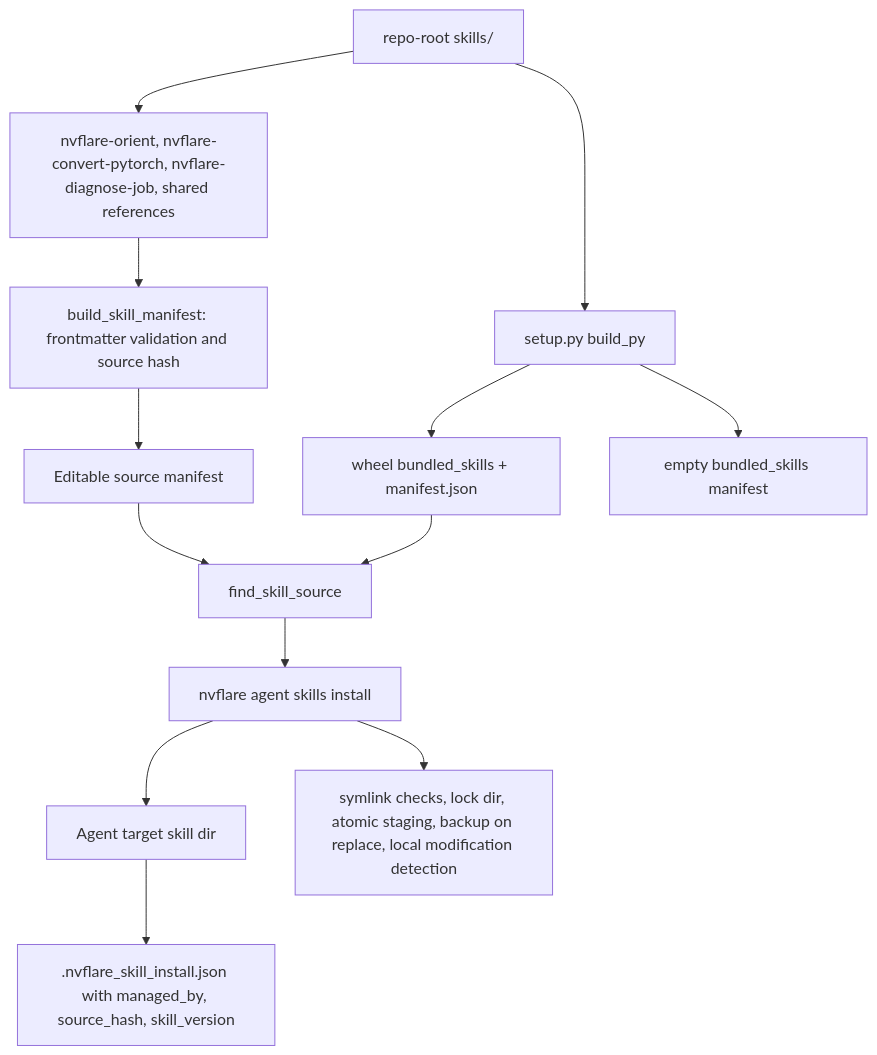
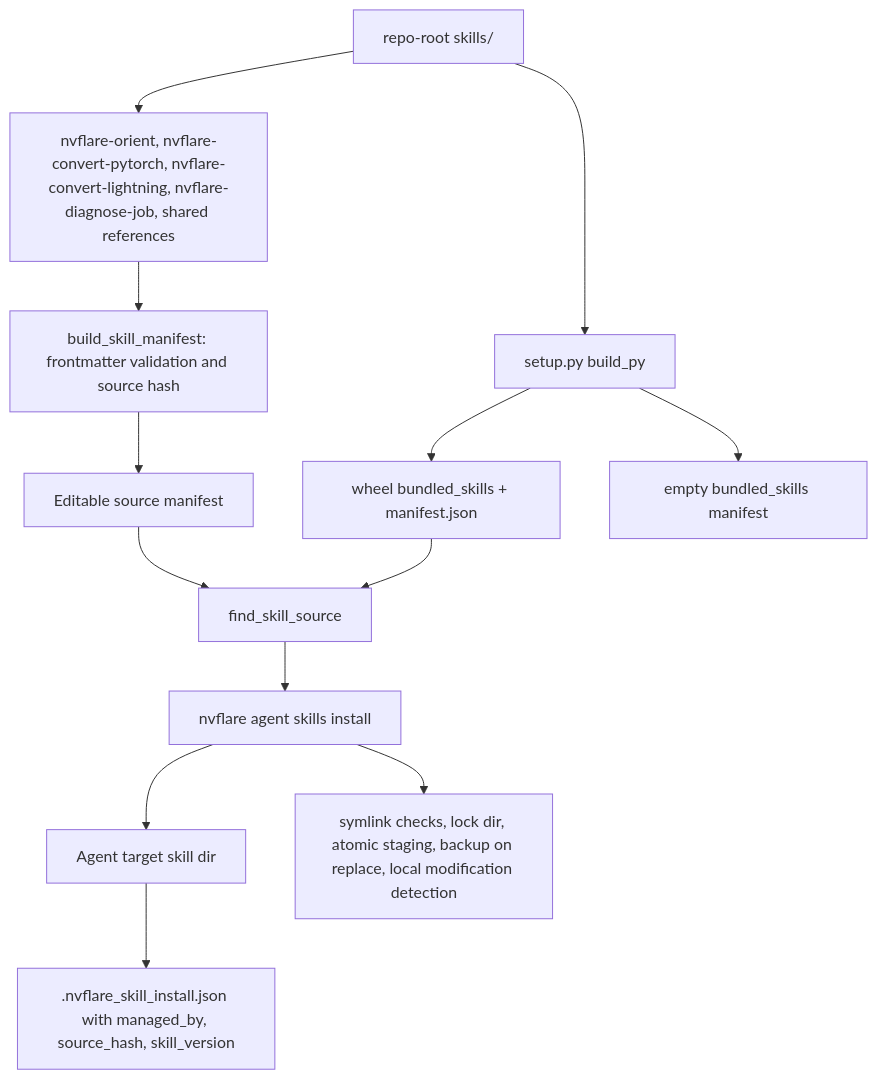
The third of 4 diagrams in docs/design/skills_architecture.md (NVIDIA/NVFlare), drawn with Mermaid before and after one commit. The commit also changed other lines of this file, not shown here.

First line of the commit message:
Add high-level overview to skill architecture doc

````diff
--- a/docs/design/skills_architecture.md
+++ b/docs/design/skills_architecture.md
@@ -122,20 +161,20 @@
 ```mermaid
 flowchart TD
-    SkillsRoot["repo-root skills/"] --> SkillDirs["nvflare-orient, nvflare-convert-pytorch, nvflare-diagnose-job, shared references"]
+    SkillsRoot["repo-root skills/"] --> SkillDirs["nvflare-orient, nvflare-convert-pytorch, nvflare-convert-lightning, nvflare-diagnose-job, shared references"]
 
     SkillDirs --> ManifestBuild["build_skill_manifest: frontmatter validation and source hash"]
     ManifestBuild --> Editable["Editable source manifest"]
 
     SkillsRoot --> SetupPy["setup.py build_py"]
     SetupPy --> Bundle["wheel bundled_skills + manifest.json"]
     SetupPy --> EmptyBundle["empty bundled_skills manifest"]
 
     Editable --> FindSource["find_skill_source"]
     Bundle --> FindSource
 
     FindSource --> Install["nvflare agent skills install"]
     Install --> Target["Agent target skill dir"]
     Target --> InstallManifest[".nvflare_skill_install.json with managed_by, source_hash, skill_version"]
 
     Install --> Safety["symlink checks, lock dir, atomic staging, backup on replace, local modification detection"]
 ```
````
